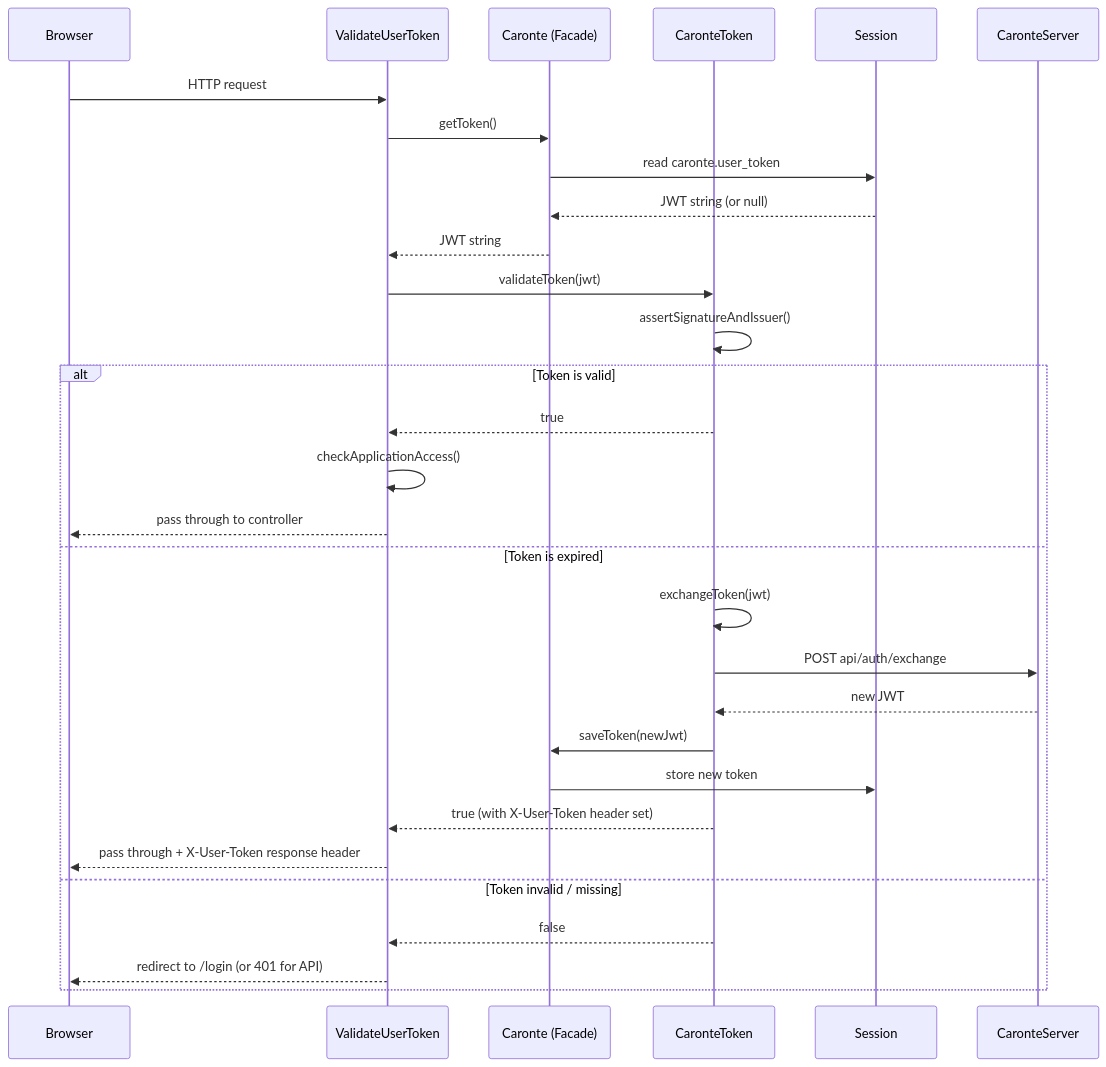
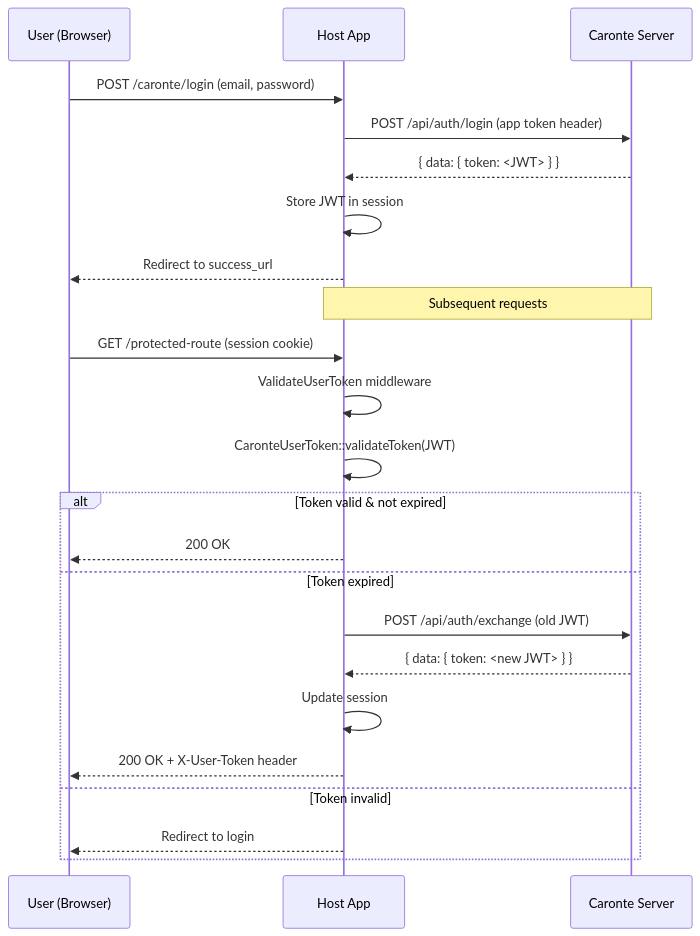
Before and after one commit to Ometra-Nyx/mx.ometra.caronte-client: the fourth of 5 diagrams in doc/architecture-diagrams.md, drawn with Mermaid. The commit also changed other lines of this file and 5 other files, not shown here.

````diff
--- a/doc/architecture-diagrams.md
+++ b/doc/architecture-diagrams.md
@@ -129,35 +101,28 @@
 ```mermaid
 sequenceDiagram
-    participant Browser
-    participant ValidateUserToken
-    participant Caronte as Caronte (Facade)
-    participant CaronteToken
-    participant Session
-    participant CaronteServer
+    participant U as User (Browser)
+    participant H as Host App
+    participant C as Caronte Server
 
-    Browser->>ValidateUserToken: HTTP request
-    ValidateUserToken->>Caronte: getToken()
-    Caronte->>Session: read caronte.user_token
-    Session-->>Caronte: JWT string (or null)
-    Caronte-->>ValidateUserToken: JWT string
+    U->>H: POST /caronte/login (email, password)
+    H->>C: POST /api/auth/login (app token header)
+    C-->>H: { data: { token: <JWT> } }
+    H->>H: Store JWT in session
+    H-->>U: Redirect to success_url
 
-    ValidateUserToken->>CaronteToken: validateToken(jwt)
-    CaronteToken->>CaronteToken: assertSignatureAndIssuer()
+    Note over H,C: Subsequent requests
 
-    alt Token is valid
-        CaronteToken-->>ValidateUserToken: true
-        ValidateUserToken->>ValidateUserToken: checkApplicationAccess()
-        ValidateUserToken-->>Browser: pass through to controller
-    else Token is expired
-        CaronteToken->>CaronteToken: exchangeToken(jwt)
-        CaronteToken->>CaronteServer: POST api/auth/exchange
-        CaronteServer-->>CaronteToken: new JWT
-        CaronteToken->>Caronte: saveToken(newJwt)
-        Caronte->>Session: store new token
-        CaronteToken-->>ValidateUserToken: true (with X-User-Token header set)
-        ValidateUserToken-->>Browser: pass through + X-User-Token response header
-    else Token invalid / missing
-        CaronteToken-->>ValidateUserToken: false
-        ValidateUserToken-->>Browser: redirect to /login (or 401 for API)
+    U->>H: GET /protected-route (session cookie)
+    H->>H: ValidateUserToken middleware
+    H->>H: CaronteUserToken::validateToken(JWT)
+    alt Token valid & not expired
+        H-->>U: 200 OK
+    else Token expired
+        H->>C: POST /api/auth/exchange (old JWT)
+        C-->>H: { data: { token: <new JWT> } }
+        H->>H: Update session
+        H-->>U: 200 OK + X-User-Token header
+    else Token invalid
+        H-->>U: Redirect to login
     end
 ```
````
